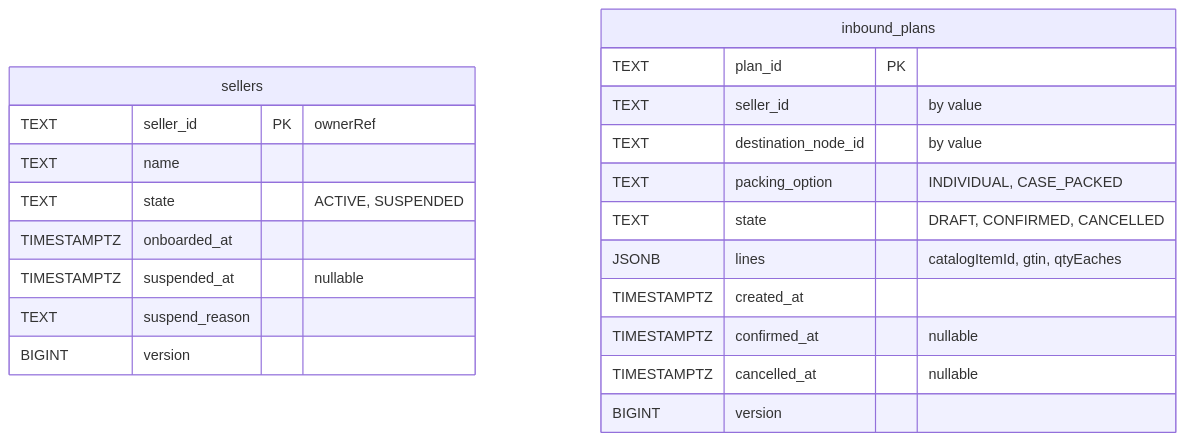
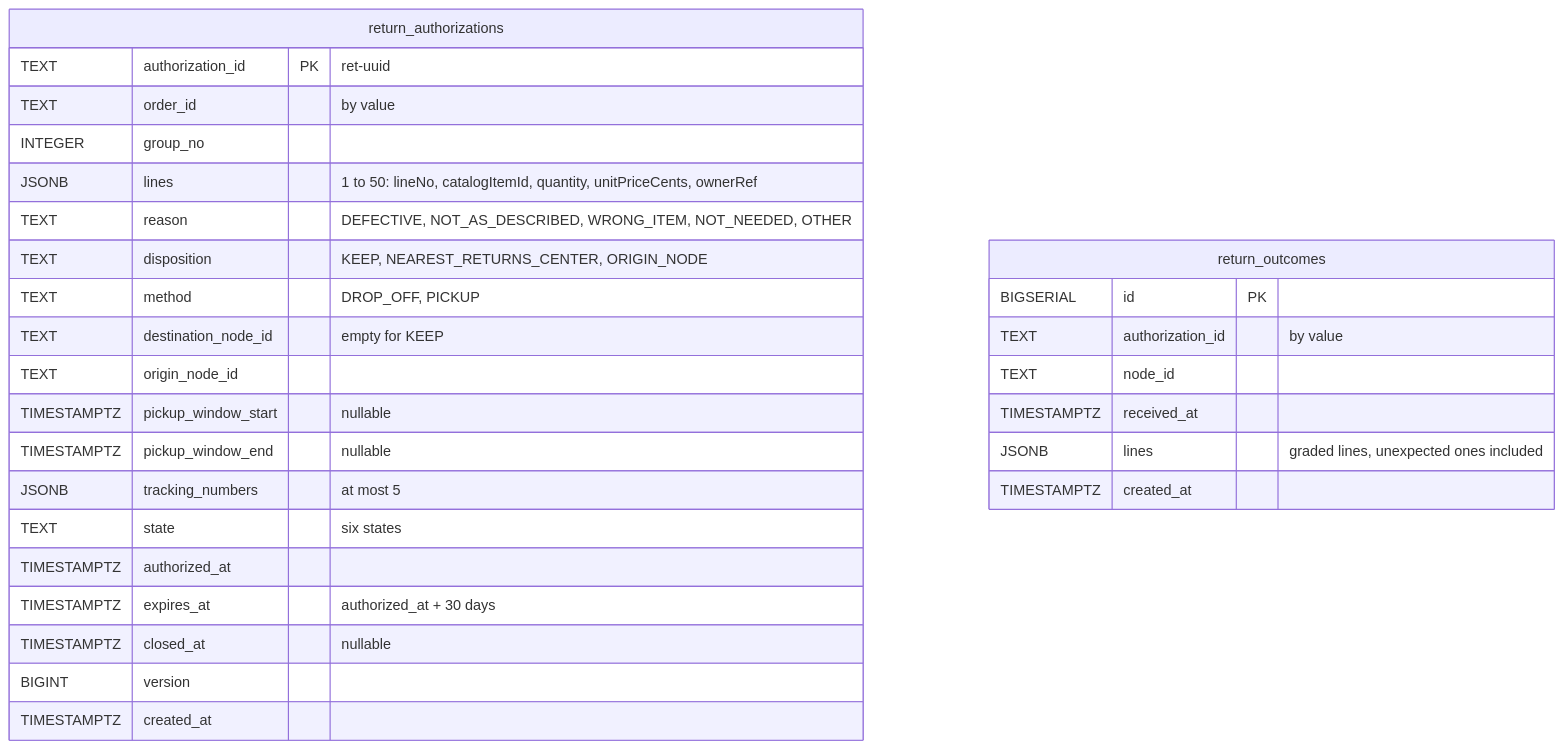
The first of 4 diagrams in docs/docs/ddd/entity-relationship.md (IQVO/customer-returns), drawn with Mermaid before and after one commit. The commit also changed other lines of this file and 17 other files, not shown here.

````diff
--- a/docs/docs/ddd/entity-relationship.md
+++ b/docs/docs/ddd/entity-relationship.md
@@ -20,24 +20,31 @@
 ```mermaid
 erDiagram
-    sellers {
-        TEXT seller_id PK "ownerRef"
-        TEXT name
-        TEXT state "ACTIVE, SUSPENDED"
-        TIMESTAMPTZ onboarded_at
-        TIMESTAMPTZ suspended_at "nullable"
-        TEXT suspend_reason
+    return_authorizations {
+        TEXT authorization_id PK "ret-uuid"
+        TEXT order_id "by value"
+        INTEGER group_no
+        JSONB lines "1 to 50: lineNo, catalogItemId, quantity, unitPriceCents, ownerRef"
+        TEXT reason "DEFECTIVE, NOT_AS_DESCRIBED, WRONG_ITEM, NOT_NEEDED, OTHER"
+        TEXT disposition "KEEP, NEAREST_RETURNS_CENTER, ORIGIN_NODE"
+        TEXT method "DROP_OFF, PICKUP"
+        TEXT destination_node_id "empty for KEEP"
+        TEXT origin_node_id
+        TIMESTAMPTZ pickup_window_start "nullable"
+        TIMESTAMPTZ pickup_window_end "nullable"
+        JSONB tracking_numbers "at most 5"
+        TEXT state "six states"
+        TIMESTAMPTZ authorized_at
+        TIMESTAMPTZ expires_at "authorized_at + 30 days"
+        TIMESTAMPTZ closed_at "nullable"
         BIGINT version
+        TIMESTAMPTZ created_at
     }
-    inbound_plans {
-        TEXT plan_id PK
-        TEXT seller_id "by value"
-        TEXT destination_node_id "by value"
-        TEXT packing_option "INDIVIDUAL, CASE_PACKED"
-        TEXT state "DRAFT, CONFIRMED, CANCELLED"
-        JSONB lines "catalogItemId, gtin, qtyEaches"
+    return_outcomes {
+        BIGSERIAL id PK
+        TEXT authorization_id "by value"
+        TEXT node_id
+        TIMESTAMPTZ received_at
+        JSONB lines "graded lines, unexpected ones included"
         TIMESTAMPTZ created_at
-        TIMESTAMPTZ confirmed_at "nullable"
-        TIMESTAMPTZ cancelled_at "nullable"
-        BIGINT version
     }
 ```
````
